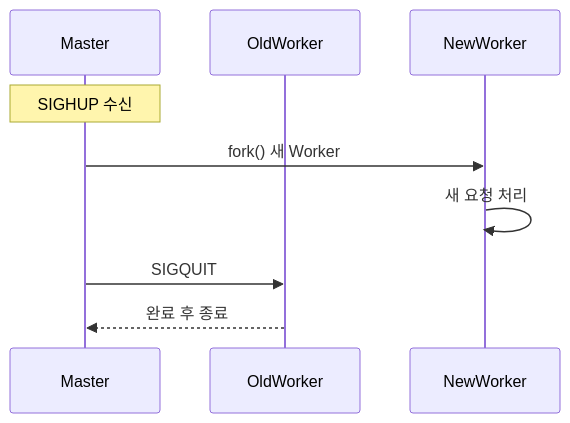
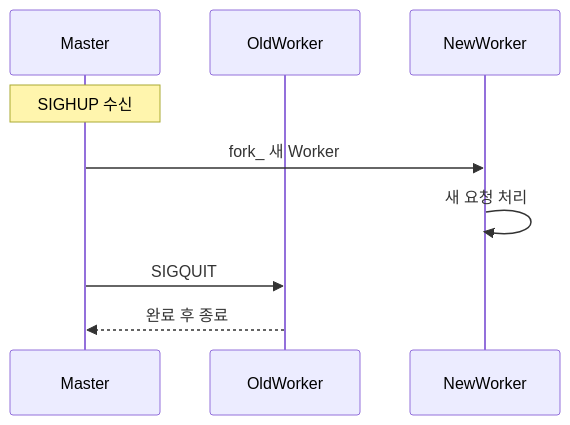
Diagram 16 of 18 in _posts/server/2026-05-01-nginx.md (yjkim2015/yjkim2015.github.io), drawn with Mermaid before and after one commit. The commit also changed other lines of this file and 85 other files, not shown here.

First line of the commit message:
sequenceDiagram 문법 에러 2차 수정 169개 (86파일)

````diff
--- a/_posts/server/2026-05-01-nginx.md
+++ b/_posts/server/2026-05-01-nginx.md
@@ -701,11 +701,11 @@
 ```mermaid
 sequenceDiagram
     participant M as Master
     participant OW as OldWorker
     participant NW as NewWorker
     Note over M: SIGHUP 수신
-    M->>NW: fork() 새 Worker
+    M->>NW: fork_ 새 Worker
     NW->>NW: 새 요청 처리
     M->>OW: SIGQUIT
     OW-->>M: 완료 후 종료
 ```
````
